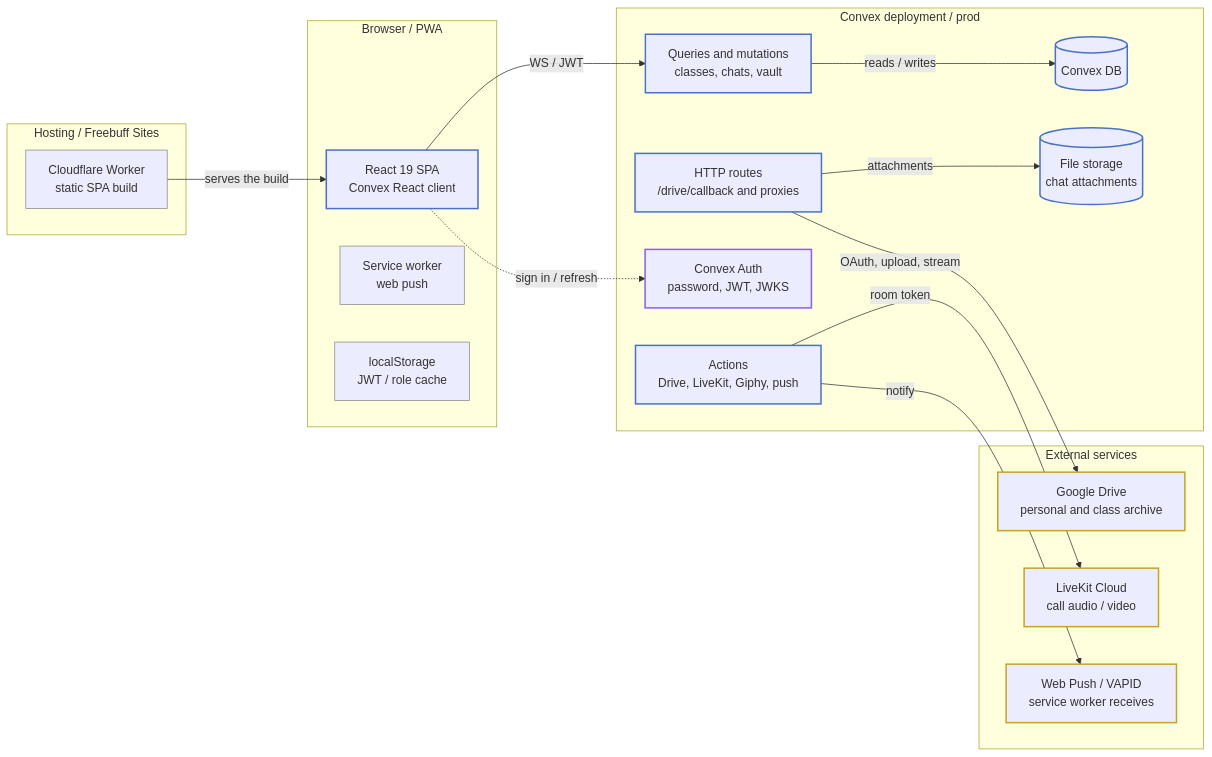
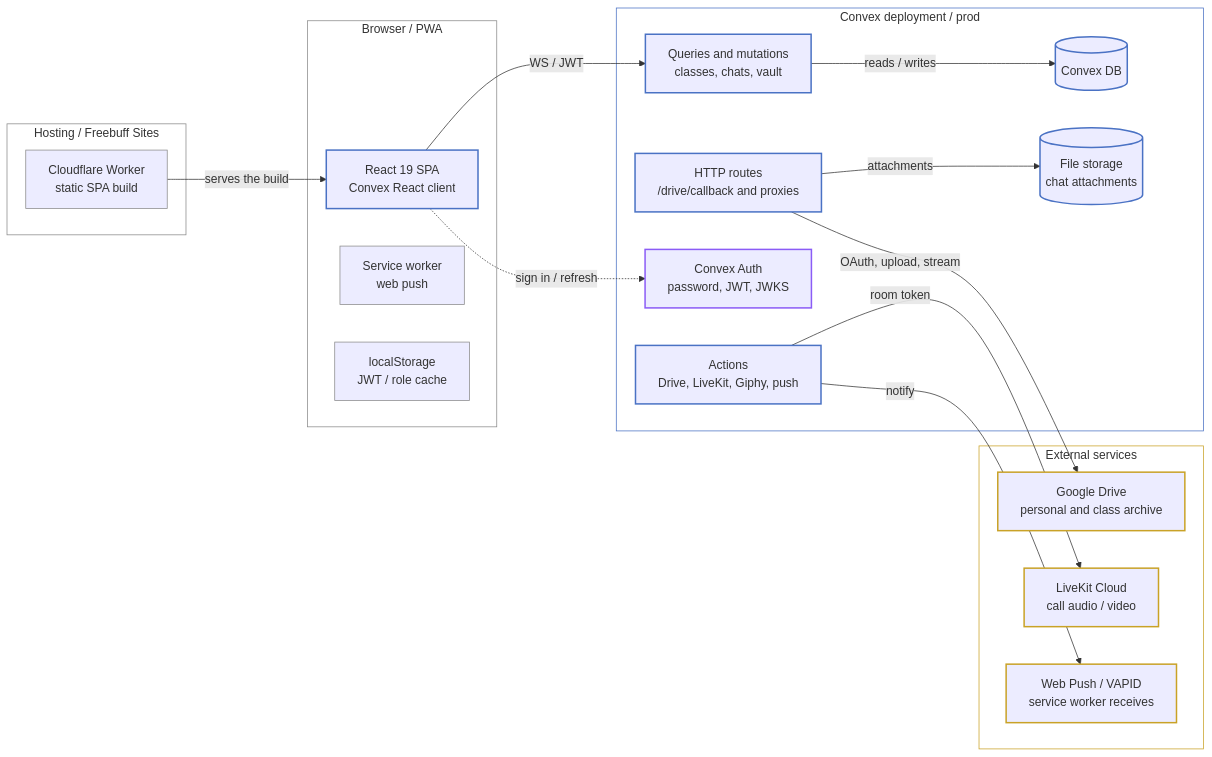
The diagram in docs/architecture.md (ZabuzaThePython/natyavaultuse), drawn with Mermaid before and after one commit. The commit also changed 4 other files, not shown here.

First line of the commit message:
Add a browser page for the diagrams, and fix their Mermaid

````diff
--- a/docs/architecture.md
+++ b/docs/architecture.md
@@ -7,46 +7,53 @@
 ```mermaid
 flowchart LR
   classDef app stroke:#4a72c4,stroke-width:2px
   classDef auth stroke:#8b5cf6,stroke-width:2px
   classDef ext stroke:#c9a227,stroke-width:2px
   classDef neutral stroke:#8a8a8a,stroke-width:1px
 
   subgraph hosting["Hosting / Freebuff Sites"]
     sites["Cloudflare Worker<br/>static SPA build"]
   end
 
   subgraph browser["Browser / PWA"]
     client["React 19 SPA<br/>Convex React client"]
     sw["Service worker<br/>web push"]
     store["localStorage<br/>JWT / role cache"]
   end
 
   subgraph deploy["Convex deployment / prod"]
     fns["Queries and mutations<br/>classes, chats, vault"]
     http["HTTP routes<br/>/drive/callback and proxies"]
     db[("Convex DB")]
     files[("File storage<br/>chat attachments")]
     auth["Convex Auth<br/>password, JWT, JWKS"]
     actions["Actions<br/>Drive, LiveKit, Giphy, push"]
   end
 
   subgraph external["External services"]
     drive["Google Drive<br/>personal and class archive"]
     livekit["LiveKit Cloud<br/>call audio / video"]
     push["Web Push / VAPID<br/>service worker receives"]
   end
 
   sites -->|serves the build| client
   client -->|WS / JWT| fns
   client -.->|sign in / refresh| auth
   fns -->|reads / writes| db
   http -->|attachments| files
   http -->|OAuth, upload, stream| drive
   actions -->|room token| livekit
   actions -->|notify| push
 
   class sites,sw,store neutral
   class client,fns,http,db,files,actions app
   class auth auth
   class drive,livekit,push ext
+
+  %% Border only, no fills: Mermaid's default subgraph fills clash with the
+  %% meaning above, and fixed fills break on a dark theme.
+  style hosting fill:transparent,stroke:#8a8a8a
+  style browser fill:transparent,stroke:#8a8a8a
+  style deploy fill:transparent,stroke:#4a72c4
+  style external fill:transparent,stroke:#c9a227
 ```
````
